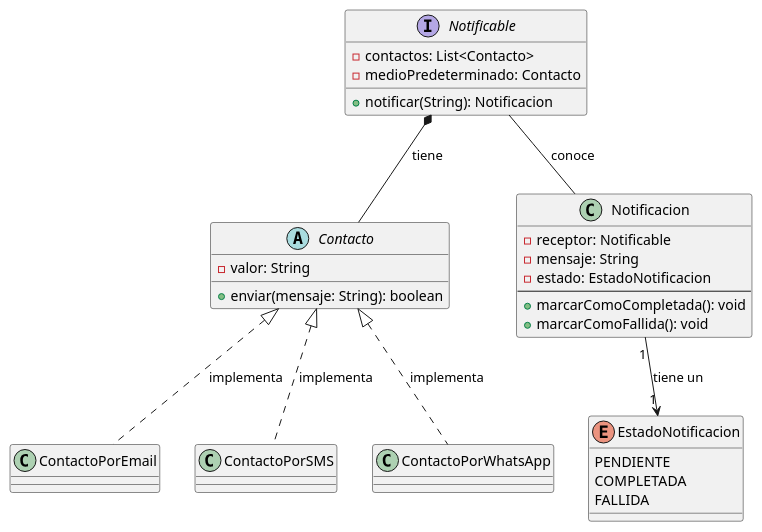
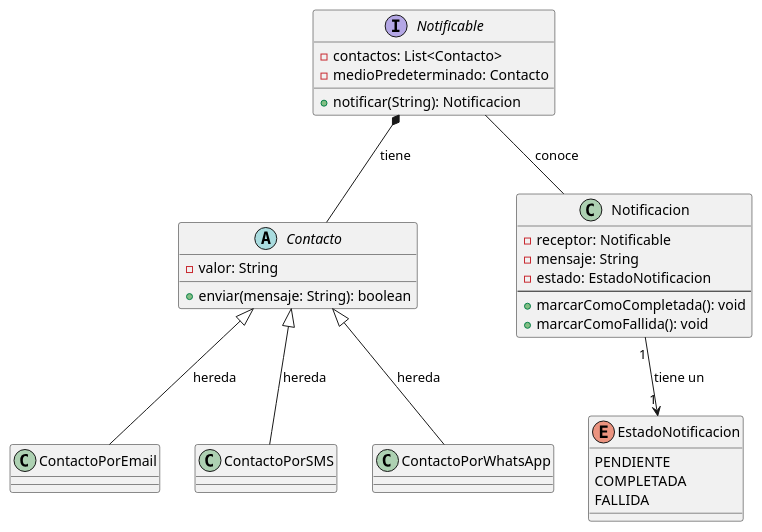
Before and after one commit to santiparis/dona-track: the diagram in documentacion/entrega2_correcciones/dc_notificacion.puml, drawn with PlantUML. The commit also changed 23 other files, not shown here.

```diff
--- a/documentacion/entrega2_correcciones/dc_notificacion.puml
+++ b/documentacion/entrega2_correcciones/dc_notificacion.puml
@@ -1,42 +1,42 @@
 @startuml
 
 interface Notificable {
   - contactos: List<Contacto>
   - medioPredeterminado: Contacto
   + notificar(String): Notificacion
 }
 
  enum EstadoNotificacion {
      PENDIENTE
      COMPLETADA
      FALLIDA
  }
 
  abstract class Contacto {
      - valor: String
      + enviar(mensaje: String): boolean
  }
 
  class Notificacion {
      - receptor: Notificable
      - mensaje: String
      - estado: EstadoNotificacion
      --
      + marcarComoCompletada(): void
      + marcarComoFallida(): void
  }
 
  class ContactoPorEmail
  class ContactoPorSMS
  class ContactoPorWhatsApp
 
  Notificable -down-  Notificacion: conoce
  Notificacion "1" --> "1" EstadoNotificacion : tiene un
 
- ContactoPorEmail .up.|> Contacto : implementa
- ContactoPorSMS .up.|> Contacto : implementa
- ContactoPorWhatsApp .up.|> Contacto : implementa
+ ContactoPorEmail -up-|> Contacto : hereda
+ ContactoPorSMS -up-|> Contacto : hereda
+ ContactoPorWhatsApp -up-|> Contacto : hereda
 
  Notificable *-- Contacto: tiene
 
  @enduml
```
